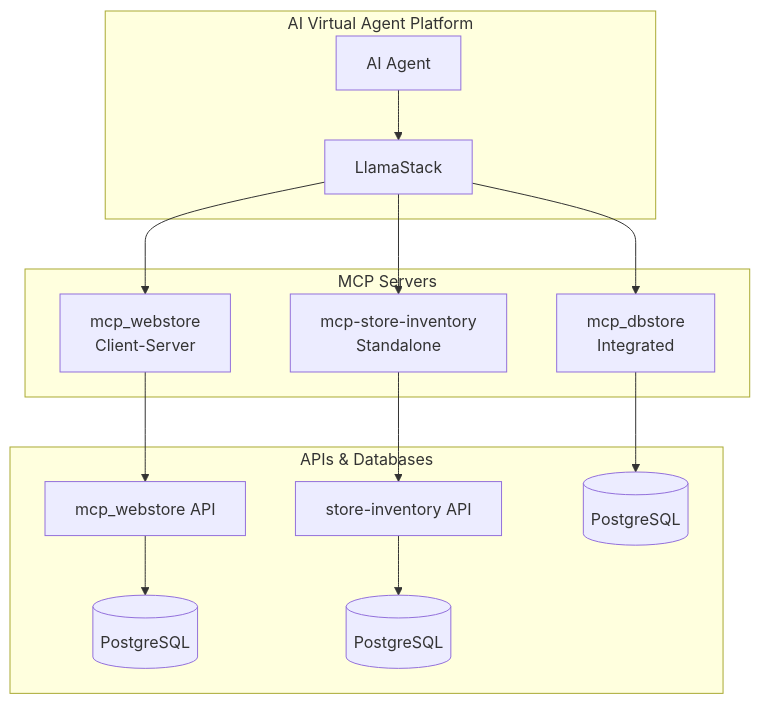
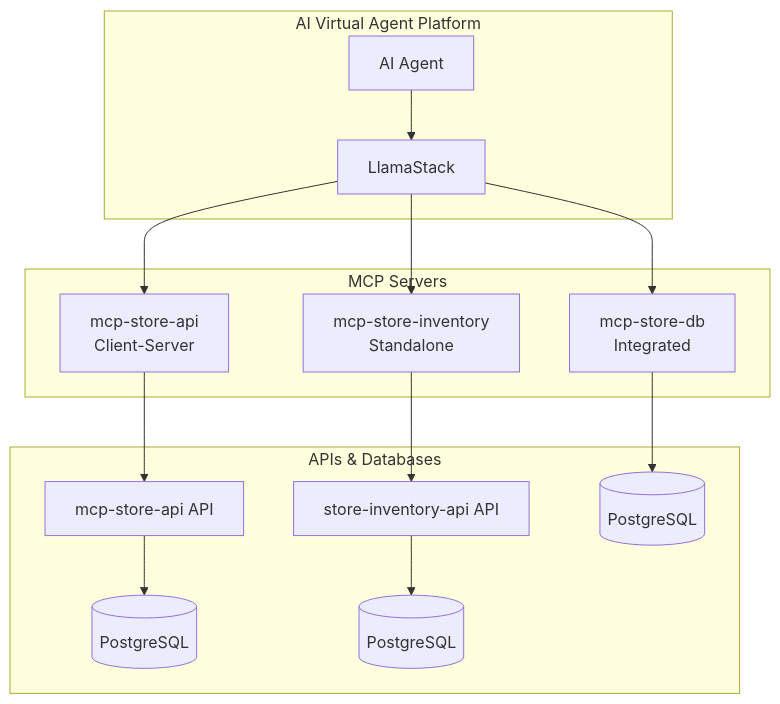
Before and after one commit to rh-ai-quickstart/ai-virtual-agent: the diagram in mcpservers/README.md, drawn with Mermaid. The commit also changed other lines of this file and 105 other files, not shown here.

````diff
--- a/mcpservers/README.md
+++ b/mcpservers/README.md
@@ -16,32 +16,32 @@
 ```mermaid
 graph TB
     subgraph "AI Virtual Agent Platform"
         Agent[AI Agent]
         LlamaStack[LlamaStack]
     end
 
     subgraph "MCP Servers"
-        MCP_DB[mcp_dbstore<br/>Integrated]
-        MCP_WEB[mcp_webstore<br/>Client-Server]
+        MCP_DB[mcp-store-db<br/>Integrated]
+        MCP_WEB[mcp-store-api<br/>Client-Server]
         MCP_INV[mcp-store-inventory<br/>Standalone]
     end
 
     subgraph "APIs & Databases"
-        WEB_API[mcp_webstore API]
-        STORE_API[store-inventory API]
+        WEB_API[mcp-store-api API]
+        STORE_API[store-inventory-api API]
         DB1[(PostgreSQL)]
         DB2[(PostgreSQL)]
         DB3[(PostgreSQL)]
     end
 
     Agent --> LlamaStack
     LlamaStack --> MCP_DB
     LlamaStack --> MCP_WEB
     LlamaStack --> MCP_INV
 
     MCP_DB --> DB1
     MCP_WEB --> WEB_API
     WEB_API --> DB2
     MCP_INV --> STORE_API
     STORE_API --> DB3
 ```
````
